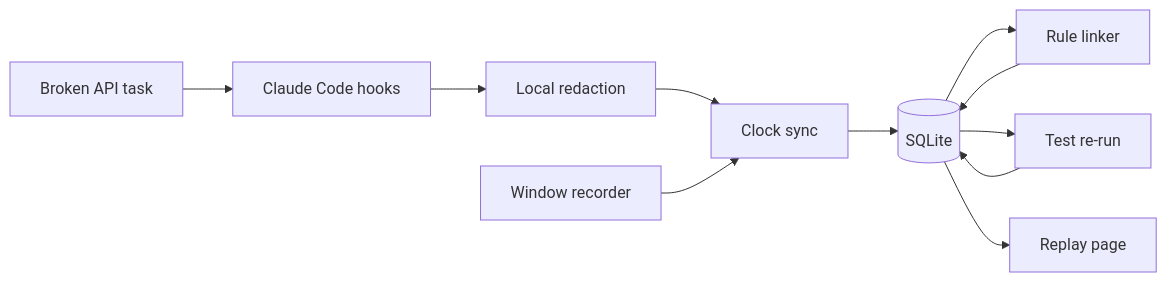
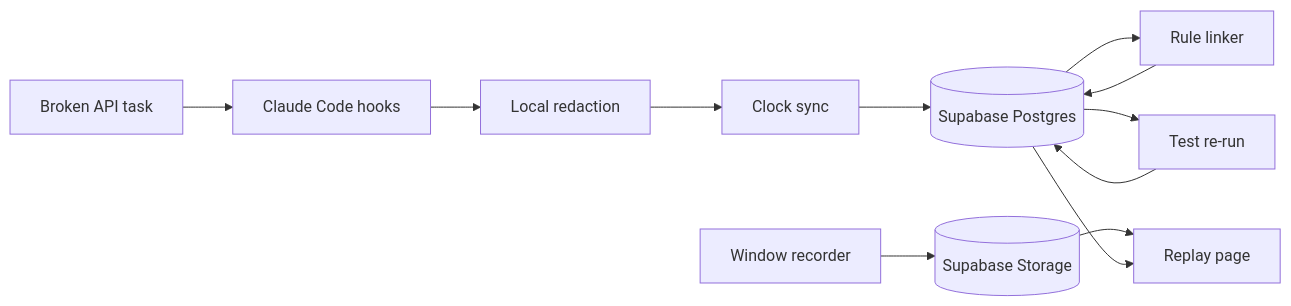
The diagram in docs/implementation.md (yeruvamaheswar/DevLens), drawn with Mermaid before and after one commit. The commit also changed other lines of this file and 3 other files, not shown here.

````diff
--- a/docs/implementation.md
+++ b/docs/implementation.md
@@ -374,17 +397,20 @@
 ```mermaid
 flowchart LR
   task[Broken API task]
   hooks[Claude Code hooks]
   redact[Local redaction]
   rec[Window recorder]
   sync[Clock sync]
   rules[Rule linker]
-  db[(SQLite)]
+  db[(Supabase Postgres)]
+  video[(Supabase Storage)]
   worker[Test re-run]
   replay[Replay page]
   task --> hooks --> redact --> sync
-  rec --> sync --> db
+  rec --> video
+  sync --> db
+  video --> replay
   db --> rules --> db
   db --> worker --> db
   db --> replay
 ```
````
